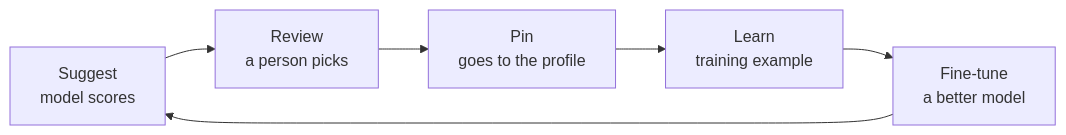
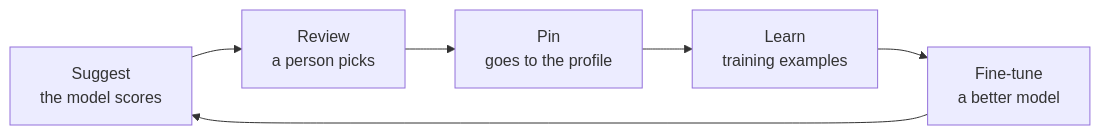
The diagram in docs/content/forge/fine-tuning.mdx (geromet/signetprotocol), drawn with Mermaid before and after one commit. The commit also changed other lines of this file and 11 other files, not shown here.

````diff
--- a/docs/content/forge/fine-tuning.mdx
+++ b/docs/content/forge/fine-tuning.mdx
@@ -14,8 +14,8 @@
 ```mermaid
 flowchart LR
-  S["Suggest<br/>model scores"] --> R["Review<br/>a person picks"]
+  S["Suggest<br/>the model scores"] --> R["Review<br/>a person picks"]
   R --> P["Pin<br/>goes to the profile"]
-  P --> L["Learn<br/>training example"]
+  P --> L["Learn<br/>training examples"]
   L --> F["Fine-tune<br/>a better model"]
   F --> S
 ```
````
